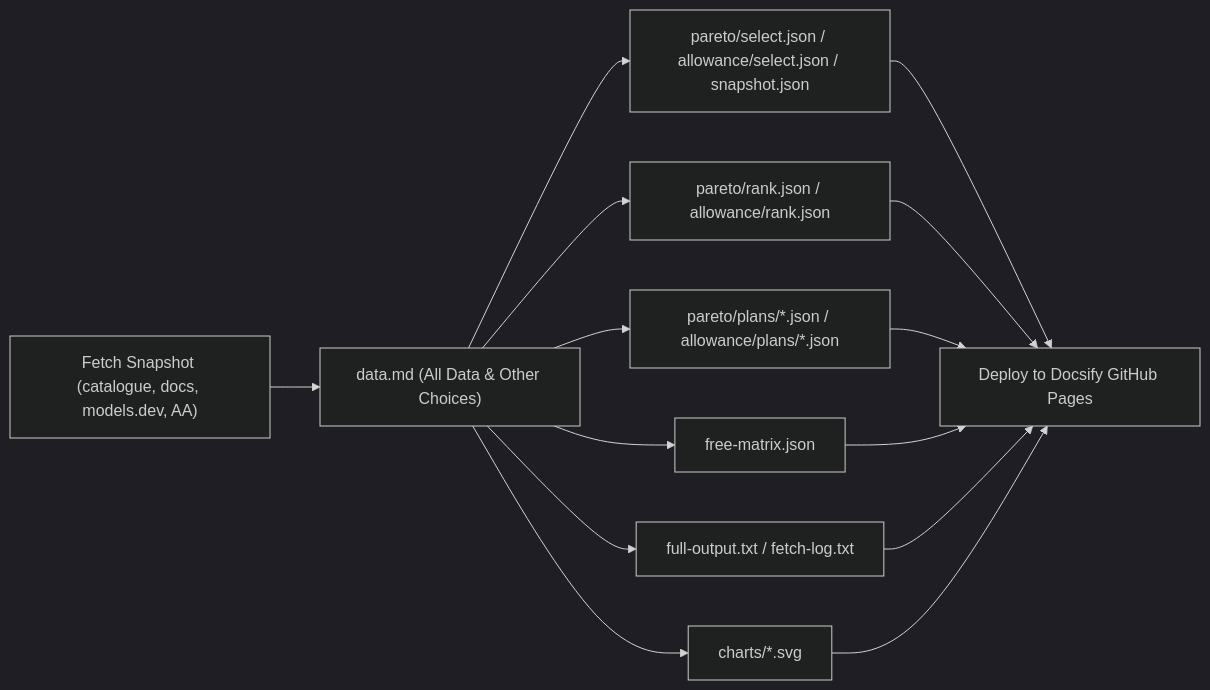
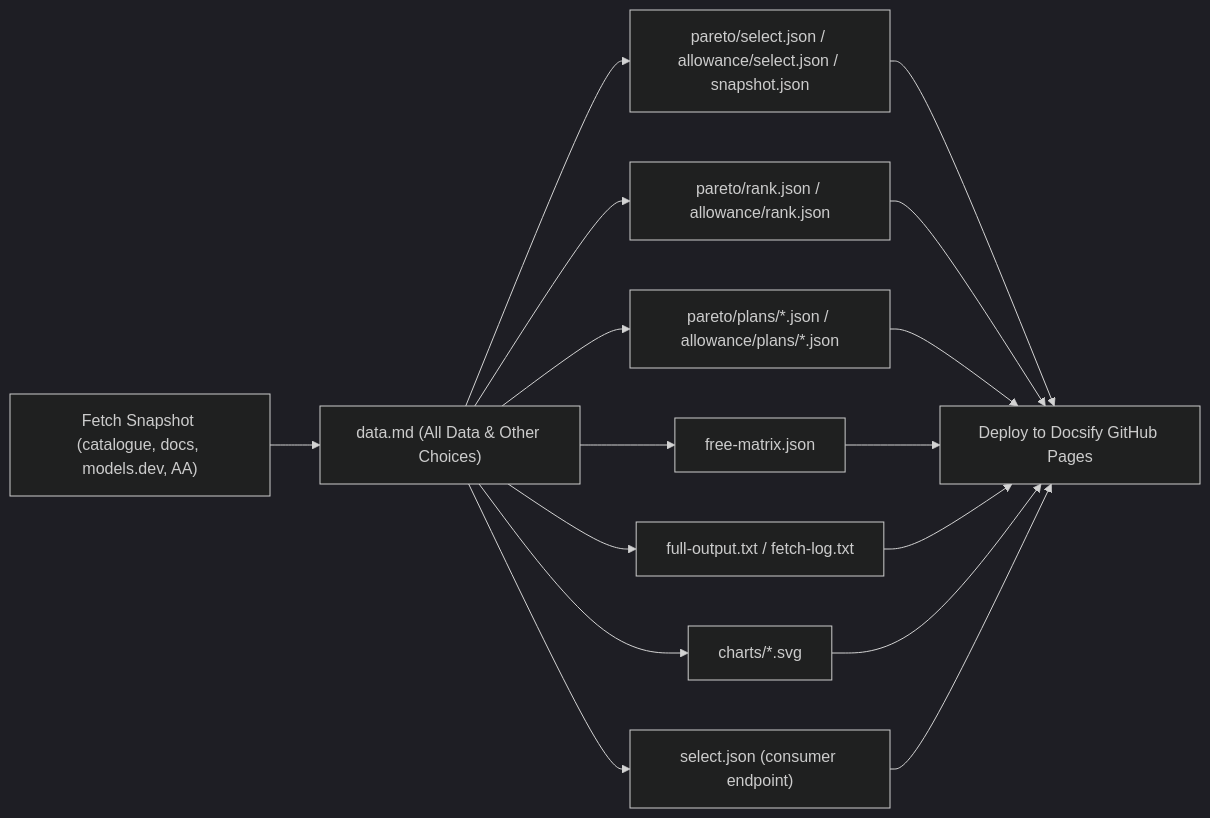
One commit to dbensmith/opencode-go-model-optimizer changed the diagram in docs/data.md. Above: the diagram before and after it, drawn with Mermaid (dark theme). The commit also changed 5 other files, not shown here.

````diff
--- a/docs/data.md
+++ b/docs/data.md
@@ -5,16 +5,18 @@
 ```mermaid
 flowchart LR
     FETCH["Fetch Snapshot (catalogue, docs, models.dev, AA)"] --> DATA["data.md (All Data & Other Choices)"]
     DATA --> RAW["pareto/select.json / allowance/select.json / snapshot.json"]
+    DATA --> CONSUMER["select.json (consumer endpoint)"]
     DATA --> RANK["pareto/rank.json / allowance/rank.json"]
     DATA --> PLANS["pareto/plans/*.json / allowance/plans/*.json"]
     DATA --> FREE["free-matrix.json"]
     DATA --> OUTPUT["full-output.txt / fetch-log.txt"]
     DATA --> CHARTS["charts/*.svg"]
     RAW --> PAGES["Deploy to Docsify GitHub Pages"]
     RANK --> PAGES
     PLANS --> PAGES
     FREE --> PAGES
     OUTPUT --> PAGES
     CHARTS --> PAGES
+    CONSUMER --> PAGES
 ```
````
